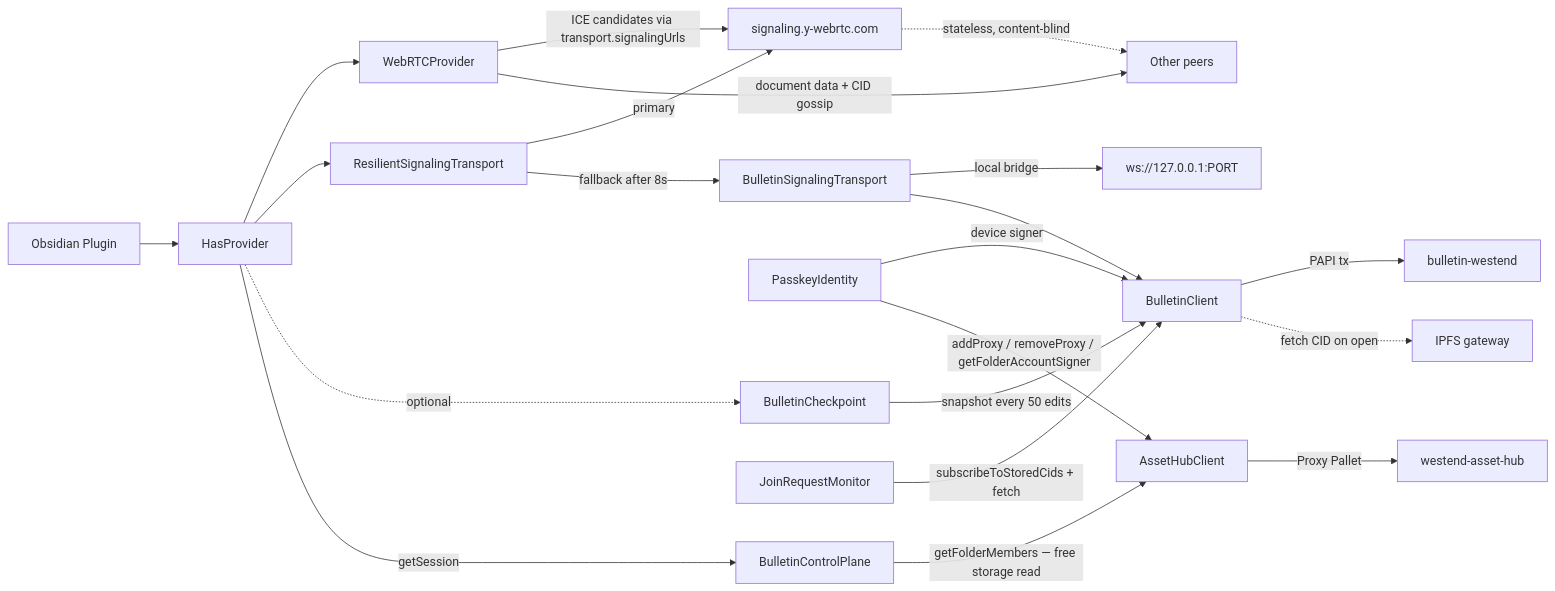
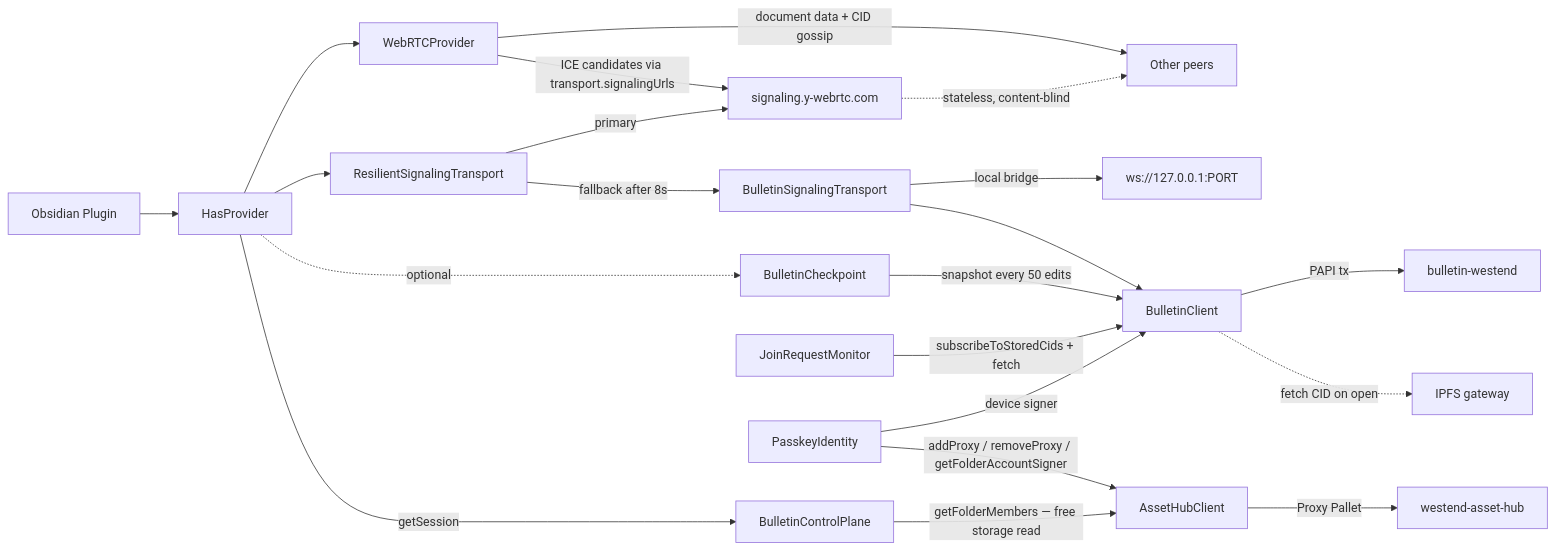
Before and after one commit to luzanikita/decentralized-relay: the second of 8 diagrams in README.md, drawn with Mermaid. The commit also changed other lines of this file, not shown here.

Commit message:
docs: improve architecture diagram readability

````diff
--- a/README.md
+++ b/README.md
@@ -29,23 +29,23 @@
 ```mermaid
 graph LR
     A[Obsidian Plugin] --> B[HasProvider]
     B --> C[WebRTCProvider]
     B --> T[ResilientSignalingTransport]
     T -->|primary| D[signaling.y-webrtc.com]
     T -->|fallback after 8s| BST[BulletinSignalingTransport]
     BST -->|local bridge| LWS[ws://127.0.0.1:PORT]
+    C -->|document data + CID gossip| E[Other peers]
     C -->|ICE candidates via transport.signalingUrls| D
-    C -->|document data + CID gossip| E[Other peers]
     D -.->|stateless, content-blind| E
     B -.->|optional| F[BulletinCheckpoint]
     F -->|snapshot every 50 edits| G[BulletinClient]
     G -->|PAPI tx| H[bulletin-westend]
     G -.->|fetch CID on open| I[IPFS gateway]
     BST --> G
-    PK[PasskeyIdentity] -->|device signer| G
-    PK -->|addProxy / removeProxy / getFolderAccountSigner| AH[AssetHubClient]
     AH -->|Proxy Pallet| AHC[westend-asset-hub]
     B -->|getSession| BCP[BulletinControlPlane]
+    JRM[JoinRequestMonitor] -->|subscribeToStoredCids + fetch| G
+    PK[PasskeyIdentity] -->|device signer| G
     BCP -->|getFolderMembers — free storage read| AH
-    JRM[JoinRequestMonitor] -->|subscribeToStoredCids + fetch| G
+    PK -->|addProxy / removeProxy / getFolderAccountSigner| AH[AssetHubClient]
 ```
````
